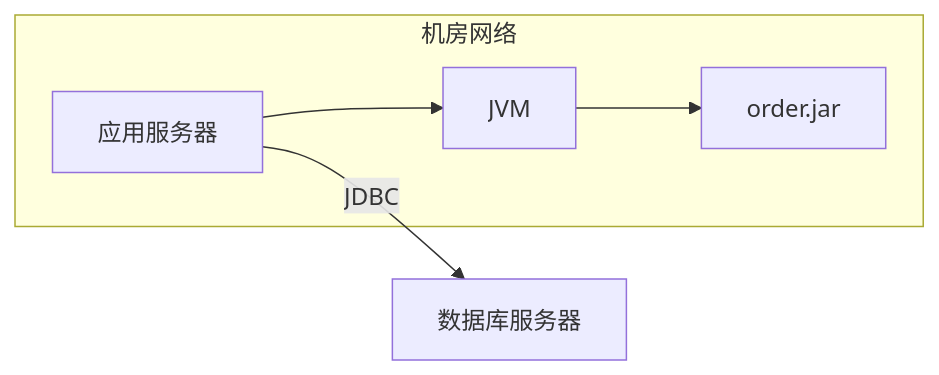
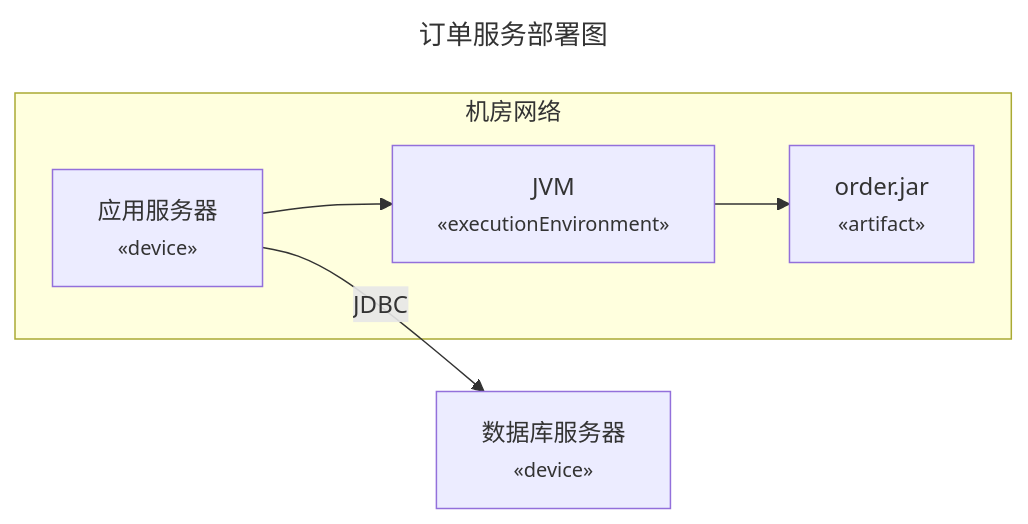
Before and after one commit to huang-hee/diagram-kit: the seventh of 9 diagrams in references/types-modeling.md, drawn with Mermaid. The commit also changed other lines of this file and 248 other files, not shown here.

First line of the commit message:
feat: 示例按统一风格重做，补齐 42 张 drawio 整图示例，默认工具改为 drawio

````diff
--- a/references/types-modeling.md
+++ b/references/types-modeling.md
@@ -294,12 +309,15 @@
 ```mermaid
+---
+title: 订单服务部署图
+---
 flowchart LR
   subgraph DC[机房网络]
-    N1[应用服务器]:::device
-    E1[JVM]:::env
-    A1[order.jar]:::artifact
+    N1["应用服务器<br><small>«device»</small>"]:::device
+    E1["JVM<br><small>«executionEnvironment»</small>"]:::env
+    A1["order.jar<br><small>«artifact»</small>"]:::artifact
   end
-  N2[数据库服务器]:::device
+  N2["数据库服务器<br><small>«device»</small>"]:::device
   N1 --> E1 --> A1
   N1 -- JDBC --> N2
   class DC zone
 ```
````
